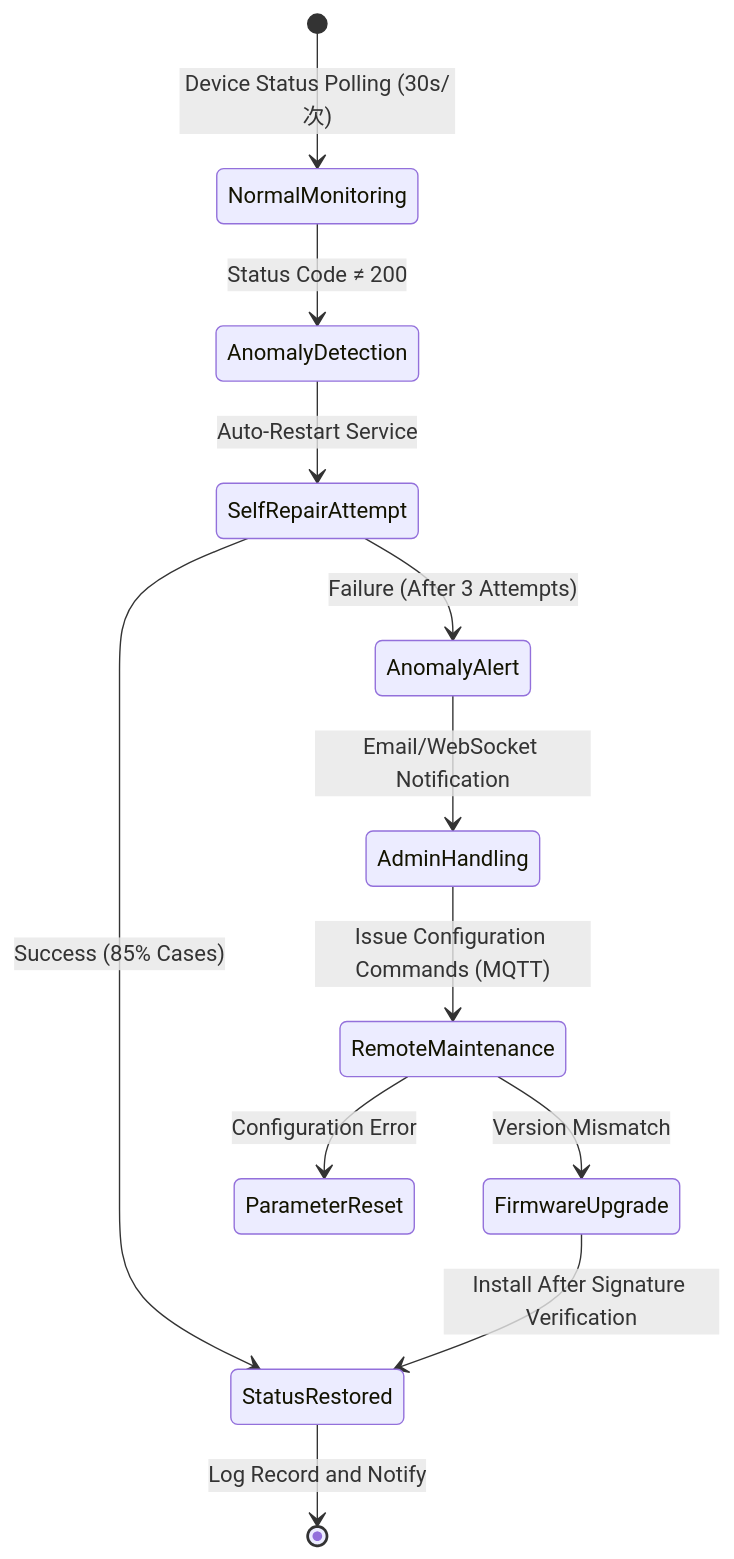
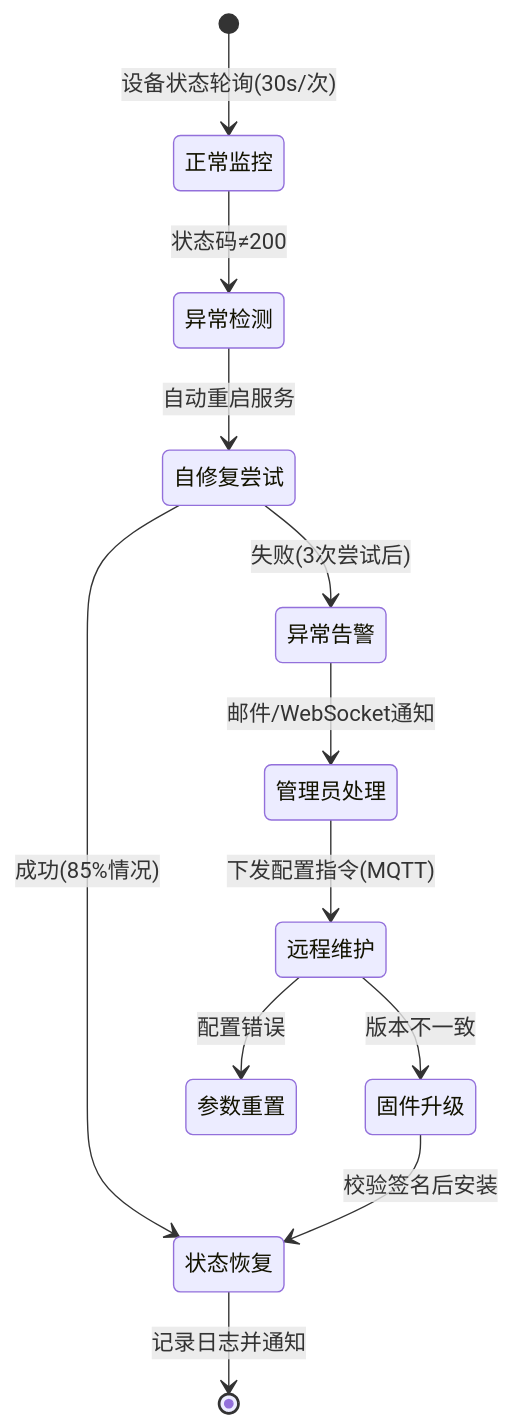
One commit to YangShengzhou03/EcoSorter changed the third of 4 diagrams in README.en.md. Above: the diagram before and after it, drawn with Mermaid. The commit also changed other lines of this file and 1 other file, not shown here.

````diff
--- a/README.en.md
+++ b/README.en.md
@@ -112,14 +227,14 @@
-```mermaid  
-stateDiagram-v2  
-    [*] --> NormalMonitoring: Device Status Polling (30s/次)  
-    NormalMonitoring --> AnomalyDetection: Status Code ≠ 200  
-    AnomalyDetection --> SelfRepairAttempt: Auto-Restart Service  
-    SelfRepairAttempt --> StatusRestored: Success (85% Cases)  
-    SelfRepairAttempt --> AnomalyAlert: Failure (After 3 Attempts)  
-    AnomalyAlert --> AdminHandling: Email/WebSocket Notification  
-    AdminHandling --> RemoteMaintenance: Issue Configuration Commands (MQTT)  
-    RemoteMaintenance --> FirmwareUpgrade: Version Mismatch  
-    RemoteMaintenance --> ParameterReset: Configuration Error  
-    FirmwareUpgrade --> StatusRestored: Install After Signature Verification  
-    StatusRestored --> [*]: Log Record and Notify  
-```  
+```mermaid
+stateDiagram-v2
+    [*] --> 正常监控: 设备状态轮询(30s/次)
+    正常监控 --> 异常检测: 状态码≠200
+    异常检测 --> 自修复尝试: 自动重启服务
+    自修复尝试 --> 状态恢复: 成功(85%情况)
+    自修复尝试 --> 异常告警: 失败(3次尝试后)
+    异常告警 --> 管理员处理: 邮件/WebSocket通知
+    管理员处理 --> 远程维护: 下发配置指令(MQTT)
+    远程维护 --> 固件升级: 版本不一致
+    远程维护 --> 参数重置: 配置错误
+    固件升级 --> 状态恢复: 校验签名后安装
+    状态恢复 --> [*]: 记录日志并通知
+```
````
